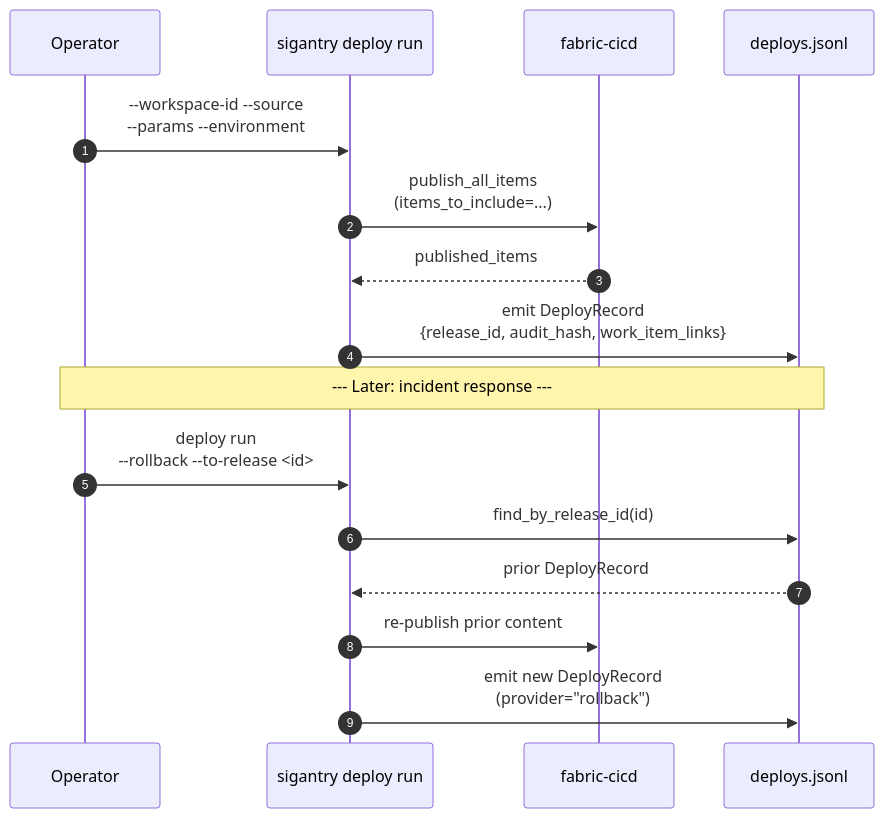
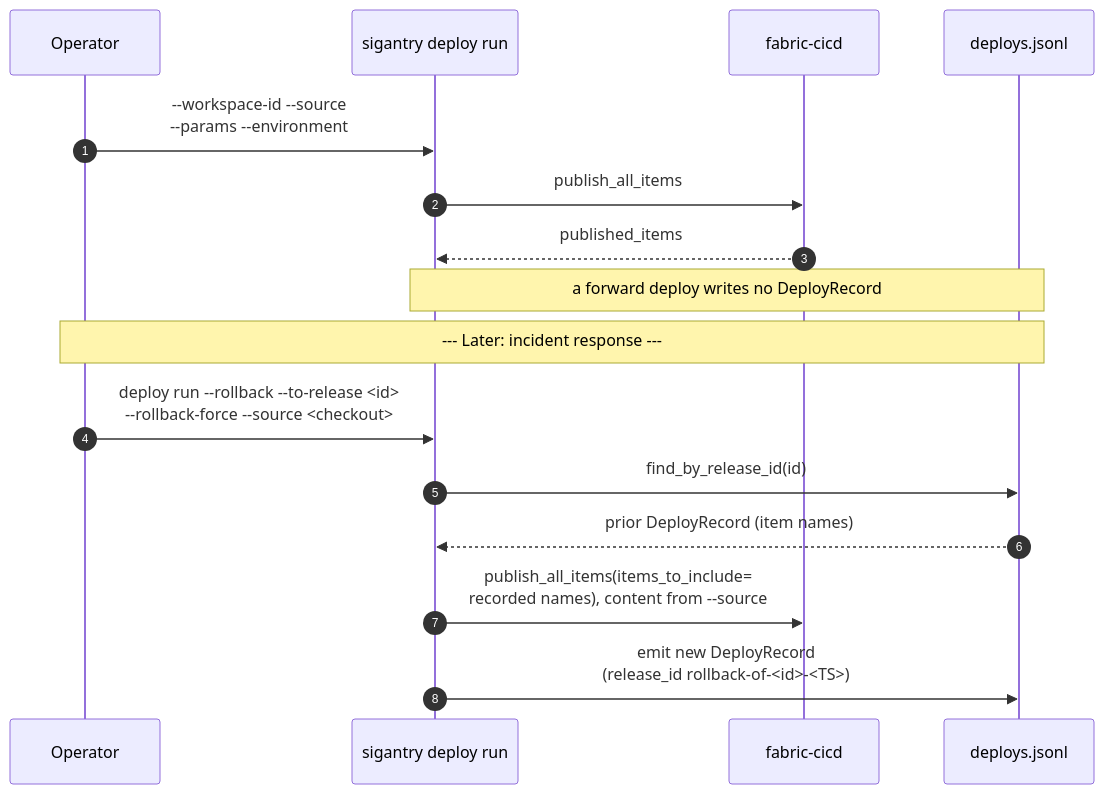
Before and after one commit to Bralabee/sigantry: the fifth of 9 diagrams in docs/CAPABILITIES.md, drawn with Mermaid. The commit also changed other lines of this file and 50 other files, not shown here.

First line of the commit message:
docs: correct the ledger, rollback, drift and demo descriptions (#69)

````diff
--- a/docs/CAPABILITIES.md
+++ b/docs/CAPABILITIES.md
@@ -330,21 +330,21 @@
 ```mermaid
 sequenceDiagram
     autonumber
     participant Op as Operator
     participant CLI as sigantry deploy run
     participant FCC as fabric-cicd
     participant LEDGER as deploys.jsonl
 
     Op->>CLI: --workspace-id --source<br/>--params --environment
-    CLI->>FCC: publish_all_items<br/>(items_to_include=...)
+    CLI->>FCC: publish_all_items
     FCC-->>CLI: published_items
-    CLI->>LEDGER: emit DeployRecord<br/>{release_id, audit_hash, work_item_links}
+    Note over CLI,LEDGER: a forward deploy writes no DeployRecord
 
     Note over Op,LEDGER: --- Later: incident response ---
 
-    Op->>CLI: deploy run<br/>--rollback --to-release <id>
+    Op->>CLI: deploy run --rollback --to-release <id><br/>--rollback-force --source <checkout>
     CLI->>LEDGER: find_by_release_id(id)
-    LEDGER-->>CLI: prior DeployRecord
-    CLI->>FCC: re-publish prior content
-    CLI->>LEDGER: emit new DeployRecord<br/>(provider="rollback")
+    LEDGER-->>CLI: prior DeployRecord (item names)
+    CLI->>FCC: publish_all_items(items_to_include=<br/>recorded names), content from --source
+    CLI->>LEDGER: emit new DeployRecord<br/>(release_id rollback-of-<id>-<TS>)
 ```
````
